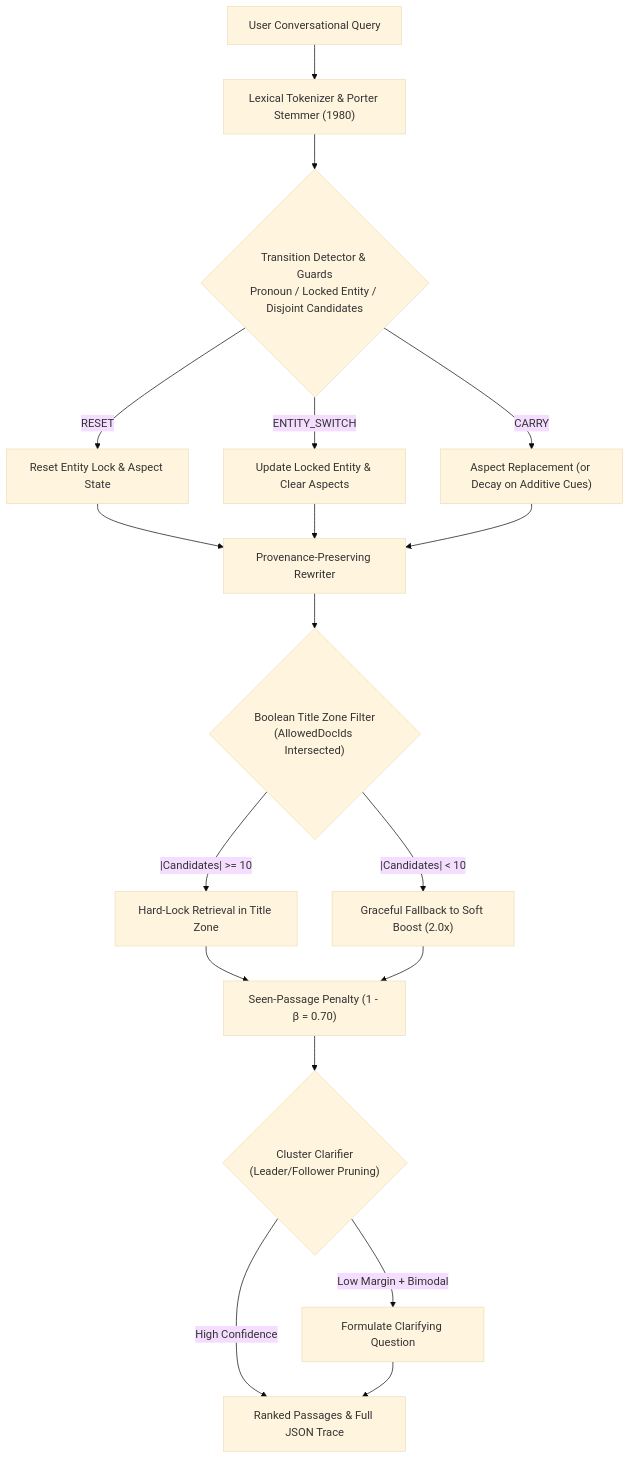
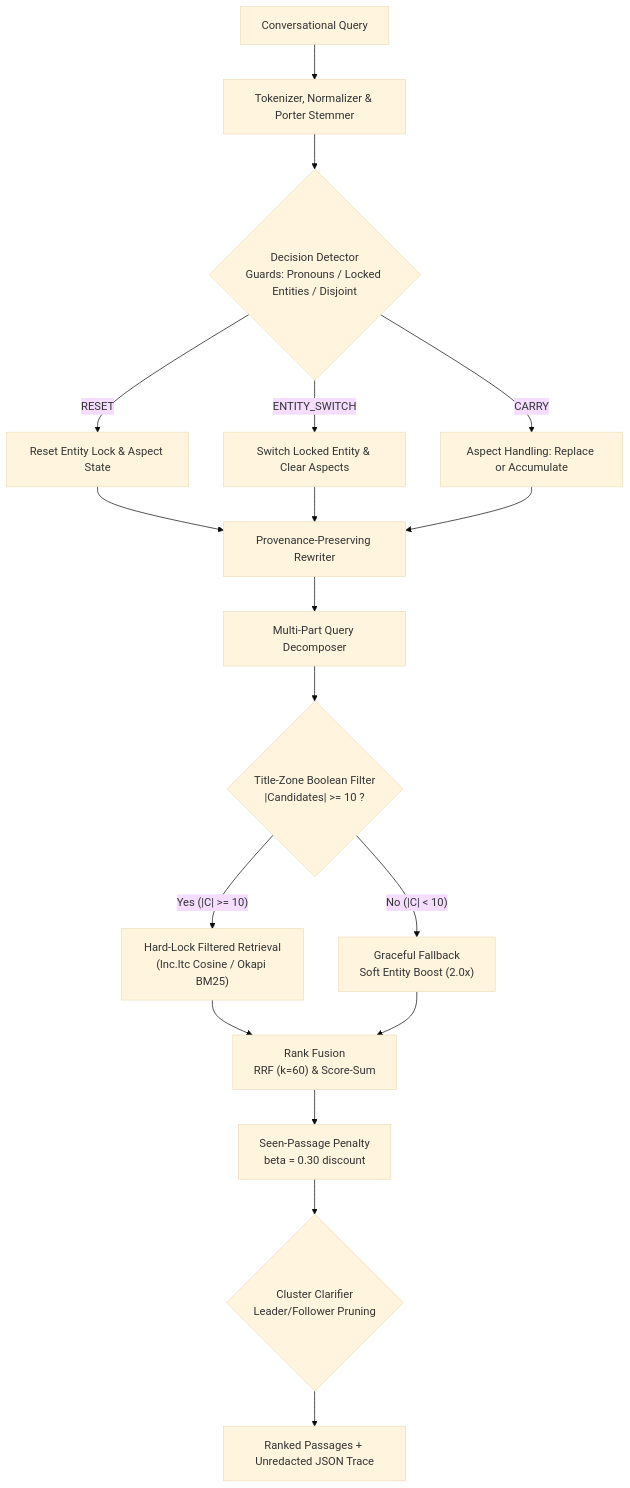
The diagram in README.md (xShikhar/IR---MidTerm-Assignment), drawn with Mermaid (base theme) before and after one commit. The commit also changed other lines of this file, not shown here.

Commit message:
docs: final README with reproducible setup, data provenance, status and evaluation protocol

````diff
--- a/README.md
+++ b/README.md
@@ -60,25 +166,27 @@
 ```mermaid
 flowchart TD
-    UserQuery["User Conversational Query"] --> Tokenizer["Lexical Tokenizer & Porter Stemmer (1980)"]
-    Tokenizer --> DecisionDetector{"Transition Detector & Guards\nPronoun / Locked Entity / Disjoint Candidates"}
+    UserQuery["Conversational Query"] --> Normalizer["Tokenizer, Normalizer & Porter Stemmer"]
+    Normalizer --> Decision{"Decision Detector\nGuards: Pronouns / Locked Entities / Disjoint"}
     
-    DecisionDetector -- "RESET" --> ClearContext["Reset Entity Lock & Aspect State"]
-    DecisionDetector -- "ENTITY_SWITCH" --> SwitchEntity["Update Locked Entity & Clear Aspects"]
-    DecisionDetector -- "CARRY" --> AspectHandler["Aspect Replacement (or Decay on Additive Cues)"]
+    Decision -- "RESET" --> StateReset["Reset Entity Lock & Aspect State"]
+    Decision -- "ENTITY_SWITCH" --> StateSwitch["Switch Locked Entity & Clear Aspects"]
+    Decision -- "CARRY" --> StateCarry["Aspect Handling: Replace or Accumulate"]
     
-    ClearContext --> Rewriter["Provenance-Preserving Rewriter"]
-    SwitchEntity --> Rewriter
-    AspectHandler --> Rewriter
+    StateReset --> Rewriter["Provenance-Preserving Rewriter"]
+    StateSwitch --> Rewriter
+    StateCarry --> Rewriter
     
-    Rewriter --> TitleFilter{"Boolean Title Zone Filter\n(AllowedDocIds Intersected)"}
-    TitleFilter -- "|Candidates| >= 10" --> HardRetrieval["Hard-Lock Retrieval in Title Zone"]
-    TitleFilter -- "|Candidates| < 10" --> FallbackRetrieval["Graceful Fallback to Soft Boost (2.0x)"]
+    Rewriter --> Decomposer["Multi-Part Query Decomposer"]
+    Decomposer --> TitleFilter{"Title-Zone Boolean Filter\n|Candidates| >= 10 ?"}
     
-    HardRetrieval --> SeenPenalty["Seen-Passage Penalty (1 - β = 0.70)"]
-    FallbackRetrieval --> SeenPenalty
+    TitleFilter -- "Yes (|C| >= 10)" --> HardRet["Hard-Lock Filtered Retrieval\n(lnc.ltc Cosine / Okapi BM25)"]
+    TitleFilter -- "No (|C| < 10)" --> SoftRet["Graceful Fallback\nSoft Entity Boost (2.0x)"]
     
-    SeenPenalty --> Clarifier{"Cluster Clarifier\n(Leader/Follower Pruning)"}
-    Clarifier -- "Low Margin + Bimodal" --> ClarifQ["Formulate Clarifying Question"]
-    Clarifier -- "High Confidence" --> FinalList["Ranked Passages & Full JSON Trace"]
-    ClarifQ --> FinalList
+    HardRet --> Fusion["Rank Fusion\nRRF (k=60) & Score-Sum"]
+    SoftRet --> Fusion
+    
+    Fusion --> SeenPenalty["Seen-Passage Penalty\nbeta = 0.30 discount"]
+    SeenPenalty --> Clarifier{"Cluster Clarifier\nLeader/Follower Pruning"}
+    
+    Clarifier --> FinalTrace["Ranked Passages + Unredacted JSON Trace"]
 ```
````
